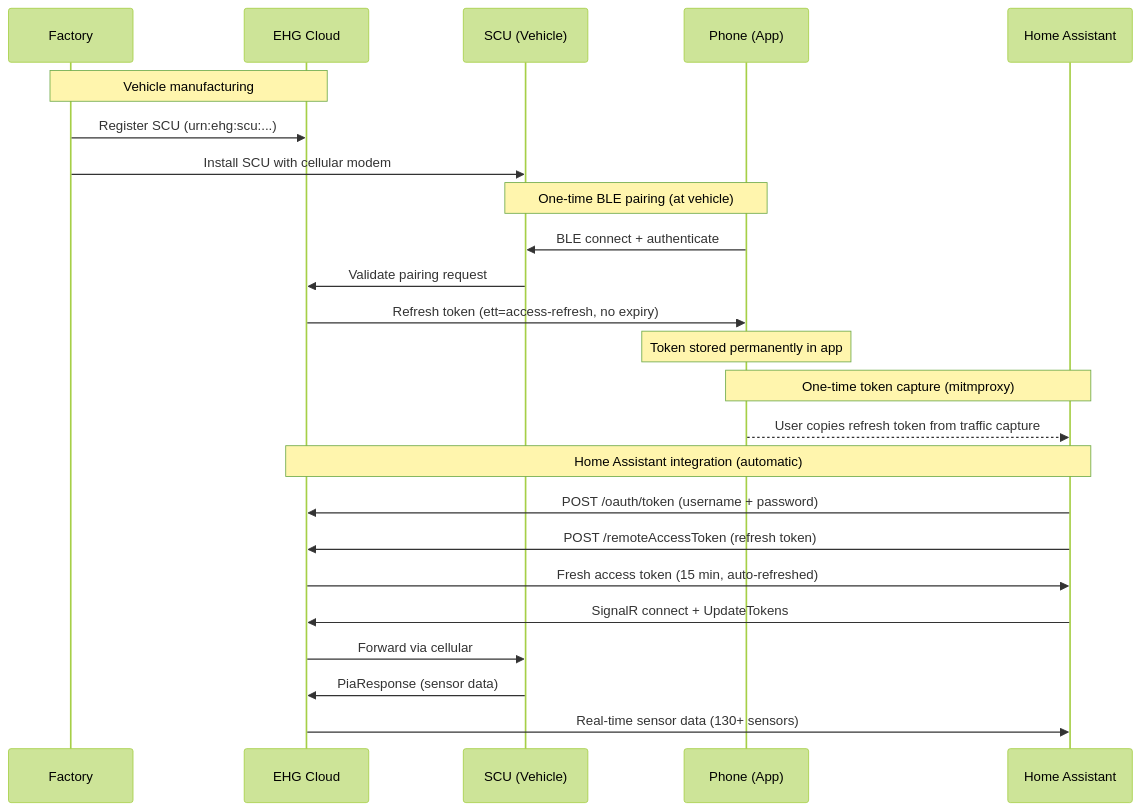
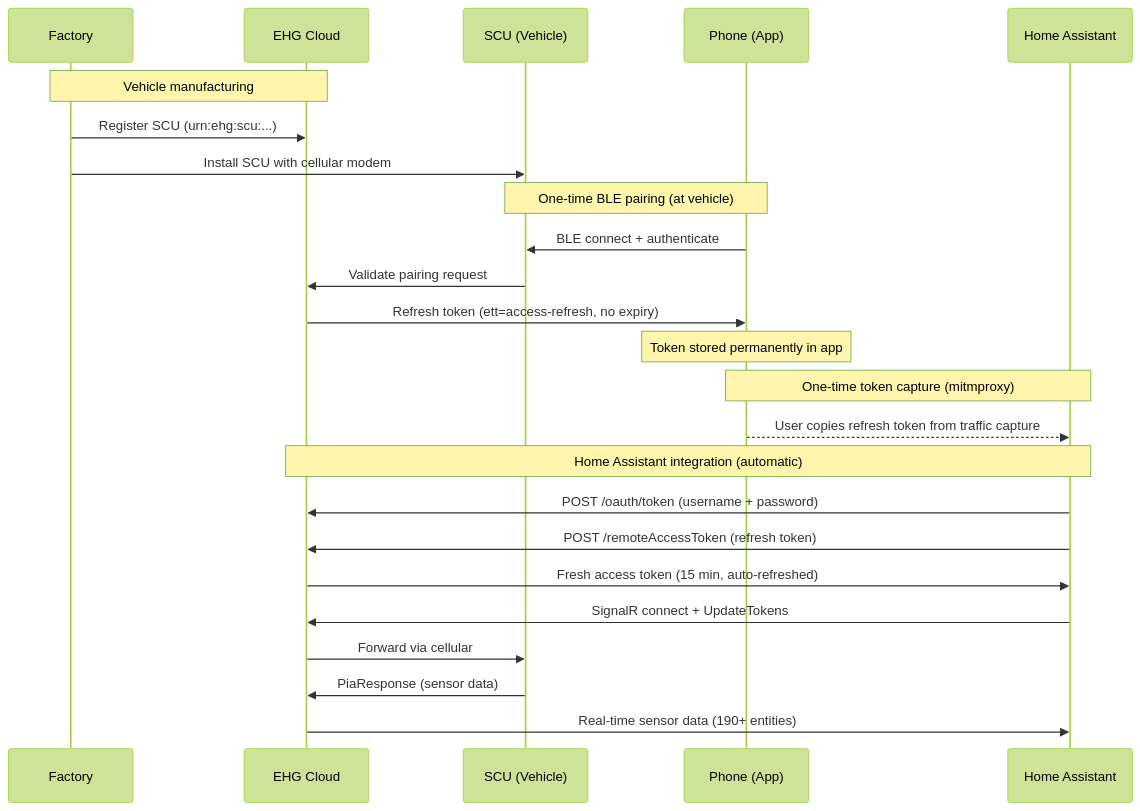
Before and after one commit to BetaHydri/hymer-connect-ha: the first of 2 diagrams in README.md, drawn with Mermaid (forest theme). The commit also changed other lines of this file and 1 other file, not shown here.

````diff
--- a/README.md
+++ b/README.md
@@ -315,30 +316,30 @@
 ```mermaid
 sequenceDiagram
     participant Factory as Factory
     participant Cloud as EHG Cloud
     participant SCU as SCU (Vehicle)
     participant Phone as Phone (App)
     participant HA as Home Assistant
 
     Note over Factory,Cloud: Vehicle manufacturing
     Factory->>Cloud: Register SCU (urn:ehg:scu:...)
     Factory->>SCU: Install SCU with cellular modem
 
     Note over SCU,Phone: One-time BLE pairing (at vehicle)
     Phone->>SCU: BLE connect + authenticate
     SCU->>Cloud: Validate pairing request
     Cloud->>Phone: Refresh token (ett=access-refresh, no expiry)
     Note over Phone: Token stored permanently in app
 
     Note over Phone,HA: One-time token capture (mitmproxy)
     Phone-->>HA: User copies refresh token from traffic capture
 
     Note over HA,Cloud: Home Assistant integration (automatic)
     HA->>Cloud: POST /oauth/token (username + password)
     HA->>Cloud: POST /remoteAccessToken (refresh token)
     Cloud->>HA: Fresh access token (15 min, auto-refreshed)
     HA->>Cloud: SignalR connect + UpdateTokens
     Cloud->>SCU: Forward via cellular
     SCU->>Cloud: PiaResponse (sensor data)
-    Cloud->>HA: Real-time sensor data (130+ sensors)
+    Cloud->>HA: Real-time sensor data (190+ entities)
 ```
````
